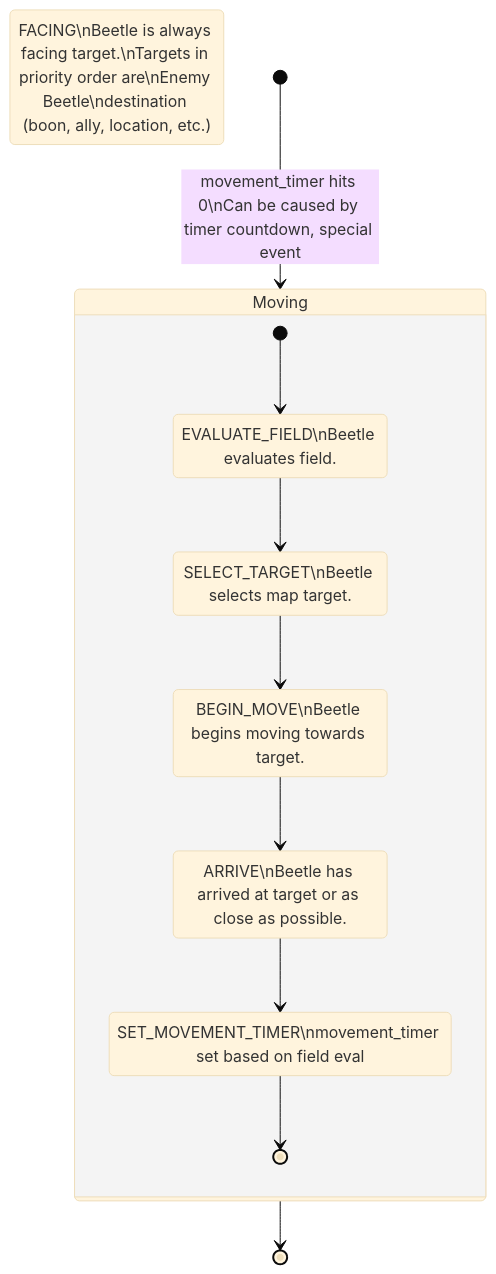
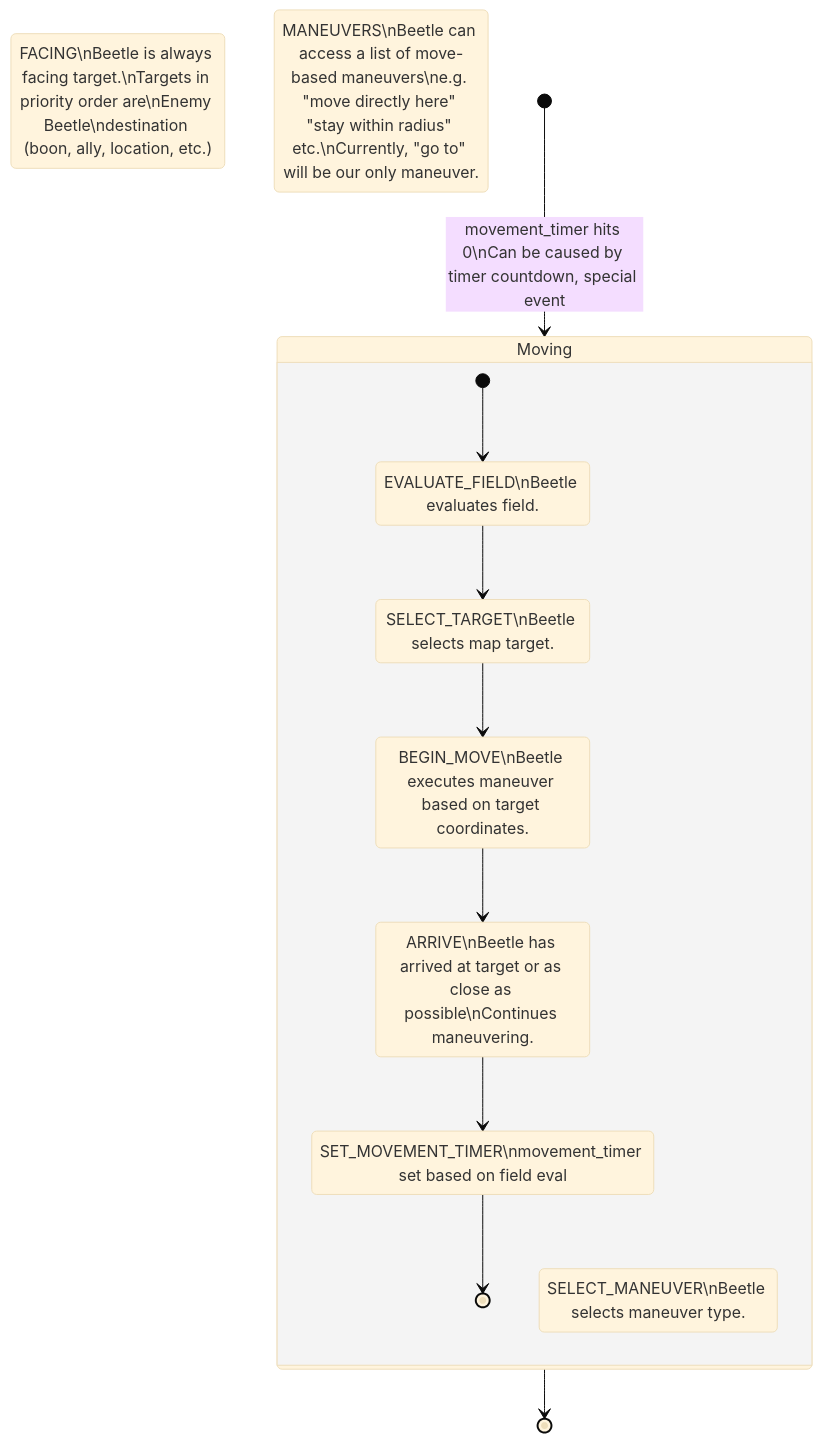
Before and after one commit to C-Shart/Beetlebergs: the second of 2 diagrams in Notes/BeetlebergsDesign.md, drawn with Mermaid (base theme).

Commit message:
diagram tweaks

````diff
--- a/Notes/BeetlebergsDesign.md
+++ b/Notes/BeetlebergsDesign.md
@@ -259,21 +259,23 @@
 ```mermaid
 stateDiagram-v2
 FACING : FACING\nBeetle is always facing target.\nTargets in priority order are\nEnemy Beetle\ndestination (boon, ally, location, etc.)
+MANEUVERS : MANEUVERS\nBeetle can access a list of move-based maneuvers\ne.g. "move directly here" "stay within radius" etc.\nCurrently, "go to" will be our only maneuver.
 
 [*] --> Moving: movement_timer hits 0\nCan be caused by timer countdown, special event
     state Moving {
         EVALUATE_FIELD : EVALUATE_FIELD\nBeetle evaluates field.
         SELECT_TARGET : SELECT_TARGET\nBeetle selects map target.
-        BEGIN_MOVE : BEGIN_MOVE\nBeetle begins moving towards target.
-        ARRIVE : ARRIVE\nBeetle has arrived at target or as close as possible.
+        SELECT_MANEUVER : SELECT_MANEUVER\nBeetle selects maneuver type.
+        BEGIN_MOVE : BEGIN_MOVE\nBeetle executes maneuver based on target coordinates.
+        ARRIVE : ARRIVE\nBeetle has arrived at target or as close as possible\nContinues maneuvering.
         SET_MOVEMENT_TIMER : SET_MOVEMENT_TIMER\nmovement_timer set based on field eval
         
         [*] --> EVALUATE_FIELD
         EVALUATE_FIELD --> SELECT_TARGET
         SELECT_TARGET --> BEGIN_MOVE
         BEGIN_MOVE --> ARRIVE
         ARRIVE --> SET_MOVEMENT_TIMER
         SET_MOVEMENT_TIMER --> [*]
         }
 Moving --> [*]
 ```
````
